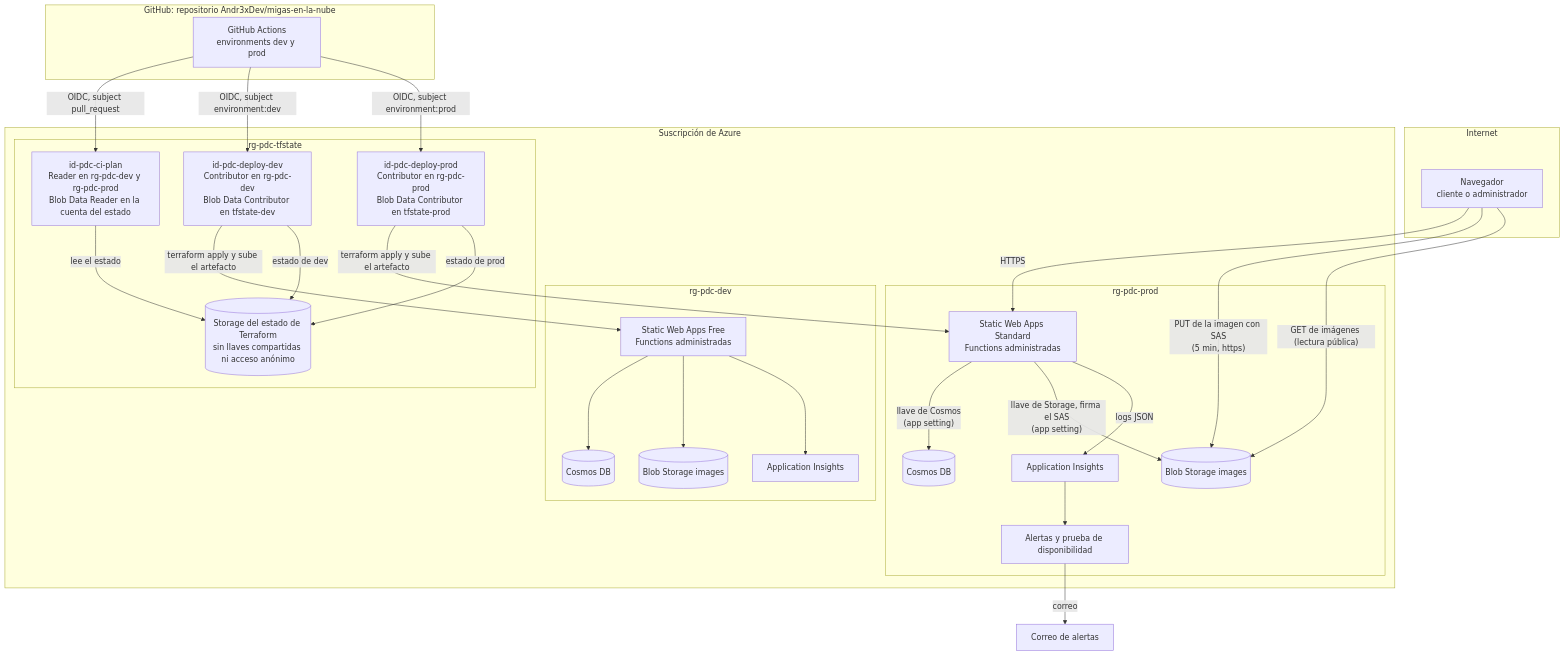
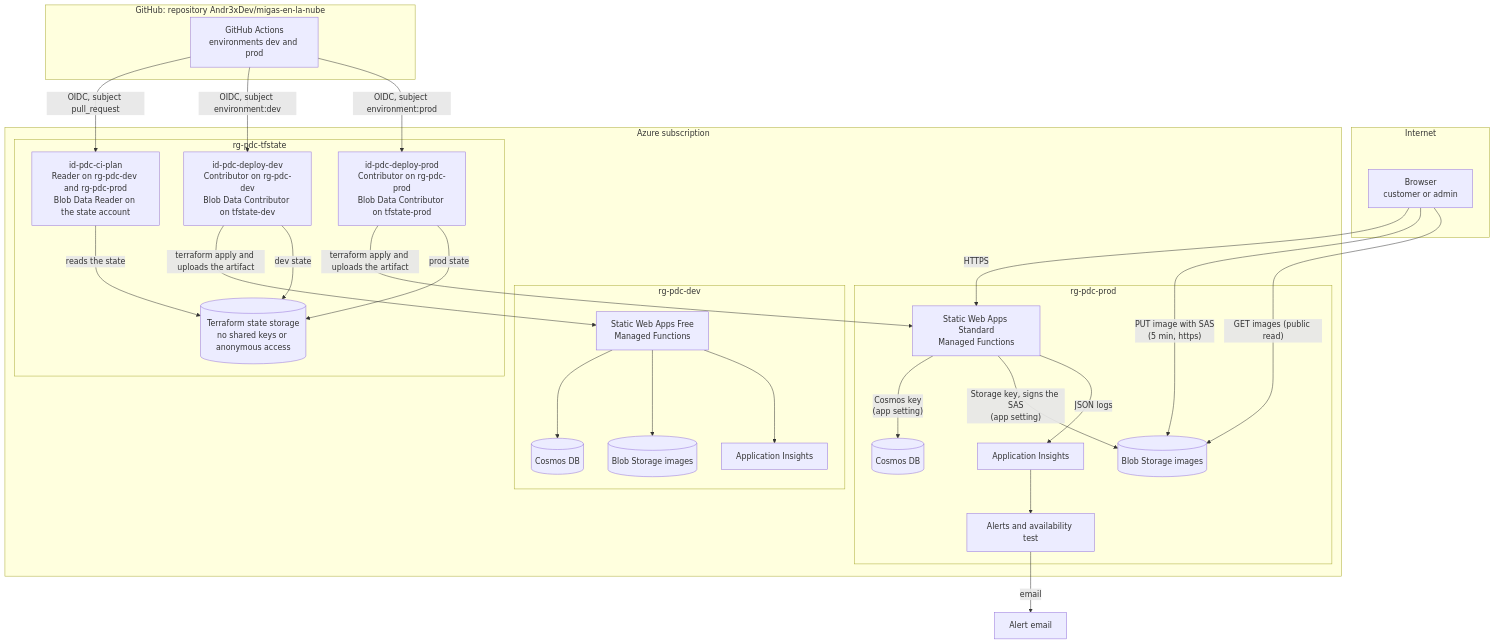
One commit to Andr3xDev/migas-en-la-nube changed the diagram in docs/diagramas/red-seguridad.md. Above: the diagram before and after it, drawn with Mermaid. The commit also changed other lines of this file and 11 other files, not shown here.

Commit message:
docs: translate diagrams to English

````diff
--- a/docs/diagramas/red-seguridad.md
+++ b/docs/diagramas/red-seguridad.md
@@ -5,57 +5,57 @@
 ```mermaid
 flowchart TB
     subgraph Internet["Internet"]
-        User["Navegador<br/>cliente o administrador"]
+        User["Browser<br/>customer or admin"]
     end
 
-    subgraph GH["GitHub: repositorio Andr3xDev/migas-en-la-nube"]
-        Actions["GitHub Actions<br/>environments dev y prod"]
+    subgraph GH["GitHub: repository Andr3xDev/migas-en-la-nube"]
+        Actions["GitHub Actions<br/>environments dev and prod"]
     end
 
-    subgraph Azure["Suscripción de Azure"]
+    subgraph Azure["Azure subscription"]
         subgraph RGProd["rg-pdc-prod"]
-            SwaProd["Static Web Apps Standard<br/>Functions administradas"]
+            SwaProd["Static Web Apps Standard<br/>Managed Functions"]
             CosmosProd[("Cosmos DB")]
             BlobProd[("Blob Storage images")]
             AiProd["Application Insights"]
-            Alerts["Alertas y prueba de disponibilidad"]
+            Alerts["Alerts and availability test"]
         end
 
         subgraph RGDev["rg-pdc-dev"]
-            SwaDev["Static Web Apps Free<br/>Functions administradas"]
+            SwaDev["Static Web Apps Free<br/>Managed Functions"]
             CosmosDev[("Cosmos DB")]
             BlobDev[("Blob Storage images")]
             AiDev["Application Insights"]
         end
 
         subgraph RGTF["rg-pdc-tfstate"]
-            IdPlan["id-pdc-ci-plan<br/>Reader en rg-pdc-dev y rg-pdc-prod<br/>Blob Data Reader en la cuenta del estado"]
-            IdDev["id-pdc-deploy-dev<br/>Contributor en rg-pdc-dev<br/>Blob Data Contributor en tfstate-dev"]
-            IdProd["id-pdc-deploy-prod<br/>Contributor en rg-pdc-prod<br/>Blob Data Contributor en tfstate-prod"]
-            State[("Storage del estado de Terraform<br/>sin llaves compartidas ni acceso anónimo")]
+            IdPlan["id-pdc-ci-plan<br/>Reader on rg-pdc-dev and rg-pdc-prod<br/>Blob Data Reader on the state account"]
+            IdDev["id-pdc-deploy-dev<br/>Contributor on rg-pdc-dev<br/>Blob Data Contributor on tfstate-dev"]
+            IdProd["id-pdc-deploy-prod<br/>Contributor on rg-pdc-prod<br/>Blob Data Contributor on tfstate-prod"]
+            State[("Terraform state storage<br/>no shared keys or anonymous access")]
         end
     end
 
-    Mail["Correo de alertas"]
+    Mail["Alert email"]
 
     User -->|"HTTPS"| SwaProd
-    User -->|"PUT de la imagen con SAS<br/>(5 min, https)"| BlobProd
-    User -->|"GET de imágenes (lectura pública)"| BlobProd
-    SwaProd -->|"llave de Cosmos<br/>(app setting)"| CosmosProd
-    SwaProd -->|"llave de Storage, firma el SAS<br/>(app setting)"| BlobProd
-    SwaProd -->|"logs JSON"| AiProd
+    User -->|"PUT image with SAS<br/>(5 min, https)"| BlobProd
+    User -->|"GET images (public read)"| BlobProd
+    SwaProd -->|"Cosmos key<br/>(app setting)"| CosmosProd
+    SwaProd -->|"Storage key, signs the SAS<br/>(app setting)"| BlobProd
+    SwaProd -->|"JSON logs"| AiProd
     AiProd --> Alerts
-    Alerts -->|"correo"| Mail
+    Alerts -->|"email"| Mail
     SwaDev --> CosmosDev
     SwaDev --> BlobDev
     SwaDev --> AiDev
 
     Actions -->|"OIDC, subject pull_request"| IdPlan
     Actions -->|"OIDC, subject environment:dev"| IdDev
     Actions -->|"OIDC, subject environment:prod"| IdProd
-    IdDev -->|"terraform apply y sube el artefacto"| SwaDev
-    IdProd -->|"terraform apply y sube el artefacto"| SwaProd
-    IdPlan -->|"lee el estado"| State
-    IdDev -->|"estado de dev"| State
-    IdProd -->|"estado de prod"| State
+    IdDev -->|"terraform apply and uploads the artifact"| SwaDev
+    IdProd -->|"terraform apply and uploads the artifact"| SwaProd
+    IdPlan -->|"reads the state"| State
+    IdDev -->|"dev state"| State
+    IdProd -->|"prod state"| State
 ```
````
